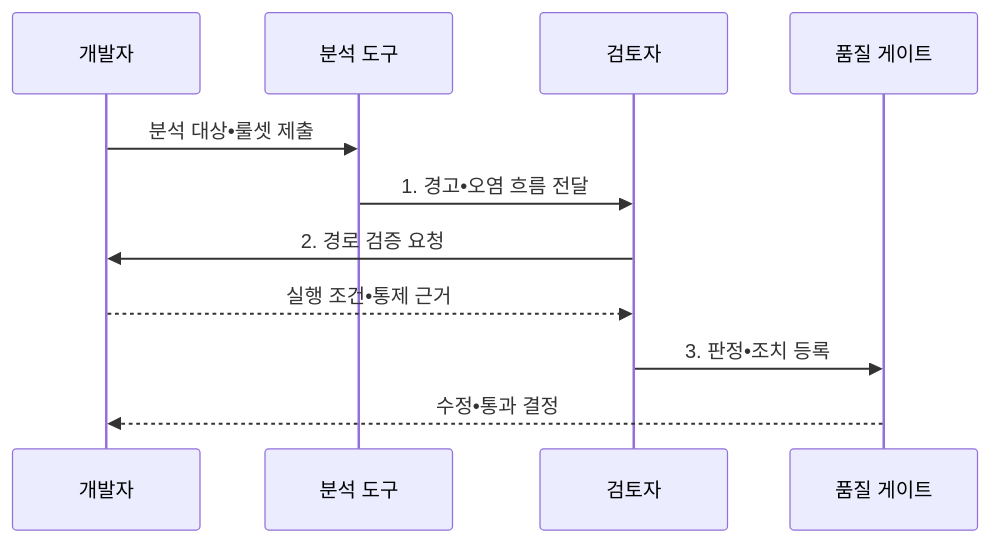
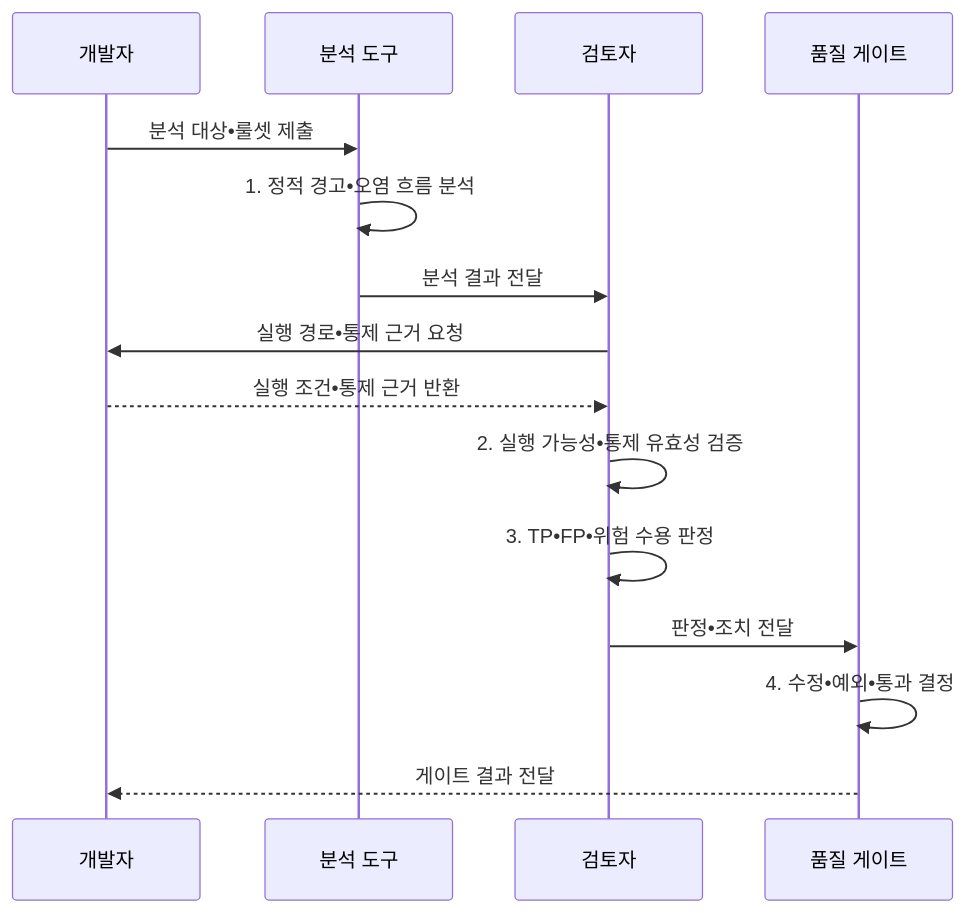
One commit to agnusdei1207/knowledge-base changed the second of 2 diagrams in src/content/docs/notes/06-evaluation/036_static_analysis_interpretation.md. Above: the diagram before and after it, drawn with Mermaid. The commit also changed other lines of this file and 20 other files, not shown here.

````diff
--- a/src/content/docs/notes/06-evaluation/036_static_analysis_interpretation.md
+++ b/src/content/docs/notes/06-evaluation/036_static_analysis_interpretation.md
@@ -103,13 +103,17 @@
 ```mermaid
 sequenceDiagram
-    participant D as 개발자
-    participant T as 분석 도구
-    participant R as 검토자
-    participant G as 품질 게이트
-    D->>T: 분석 대상•룰셋 제출
-    T->>R: 1. 경고•오염 흐름 전달
-    R->>D: 2. 경로 검증 요청
-    D-->>R: 실행 조건•통제 근거
-    R->>G: 3. 판정•조치 등록
-    G-->>D: 수정•통과 결정
+  participant D as 개발자
+  participant T as 분석 도구
+  participant R as 검토자
+  participant G as 품질 게이트
+  D->>T: 분석 대상•룰셋 제출
+  T->>T: 1. 정적 경고•오염 흐름 분석
+  T->>R: 분석 결과 전달
+  R->>D: 실행 경로•통제 근거 요청
+  D-->>R: 실행 조건•통제 근거 반환
+  R->>R: 2. 실행 가능성•통제 유효성 검증
+  R->>R: 3. TP•FP•위험 수용 판정
+  R->>G: 판정•조치 전달
+  G->>G: 4. 수정•예외•통과 결정
+  G-->>D: 게이트 결과 전달
 ```
````
